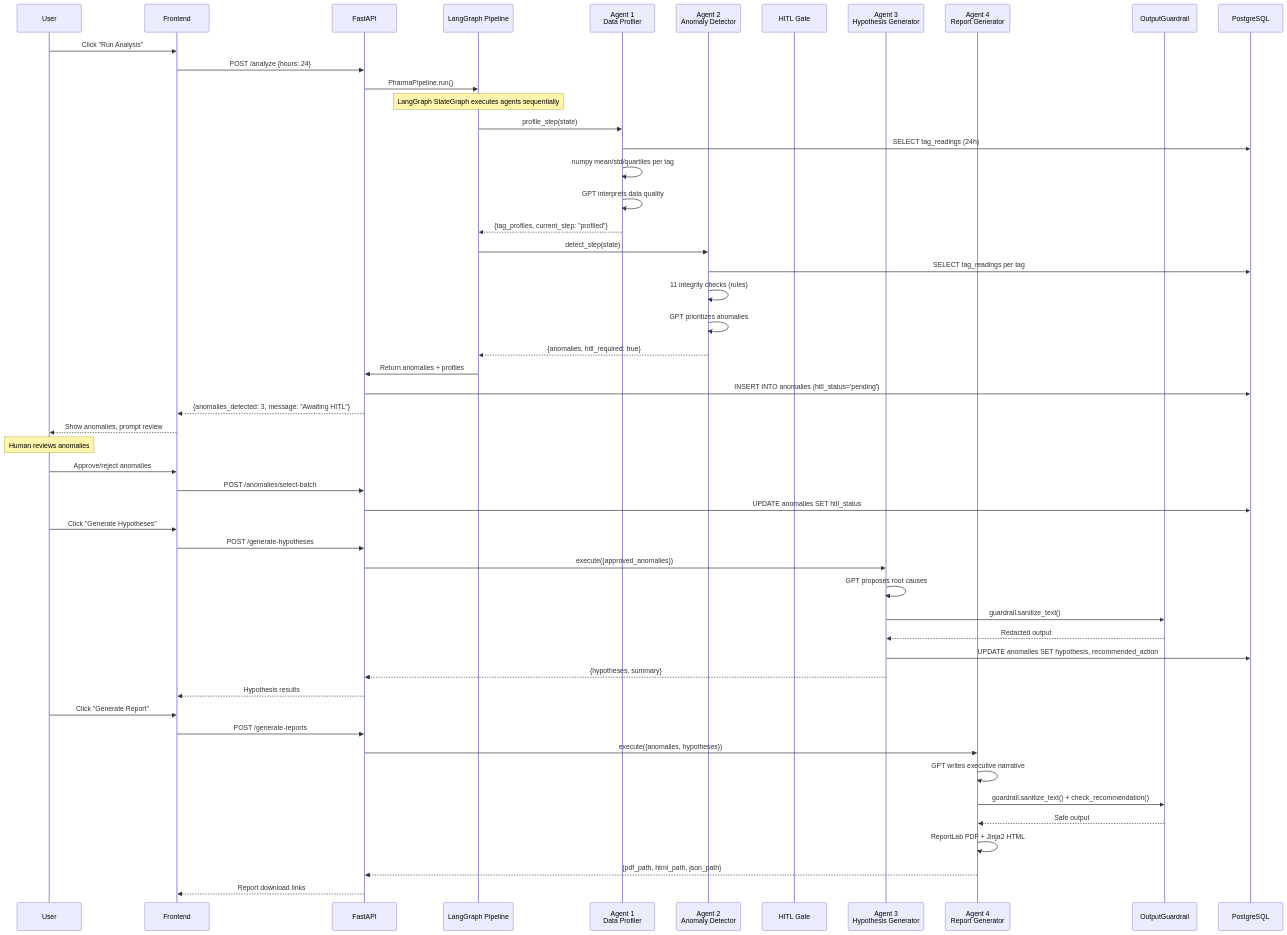
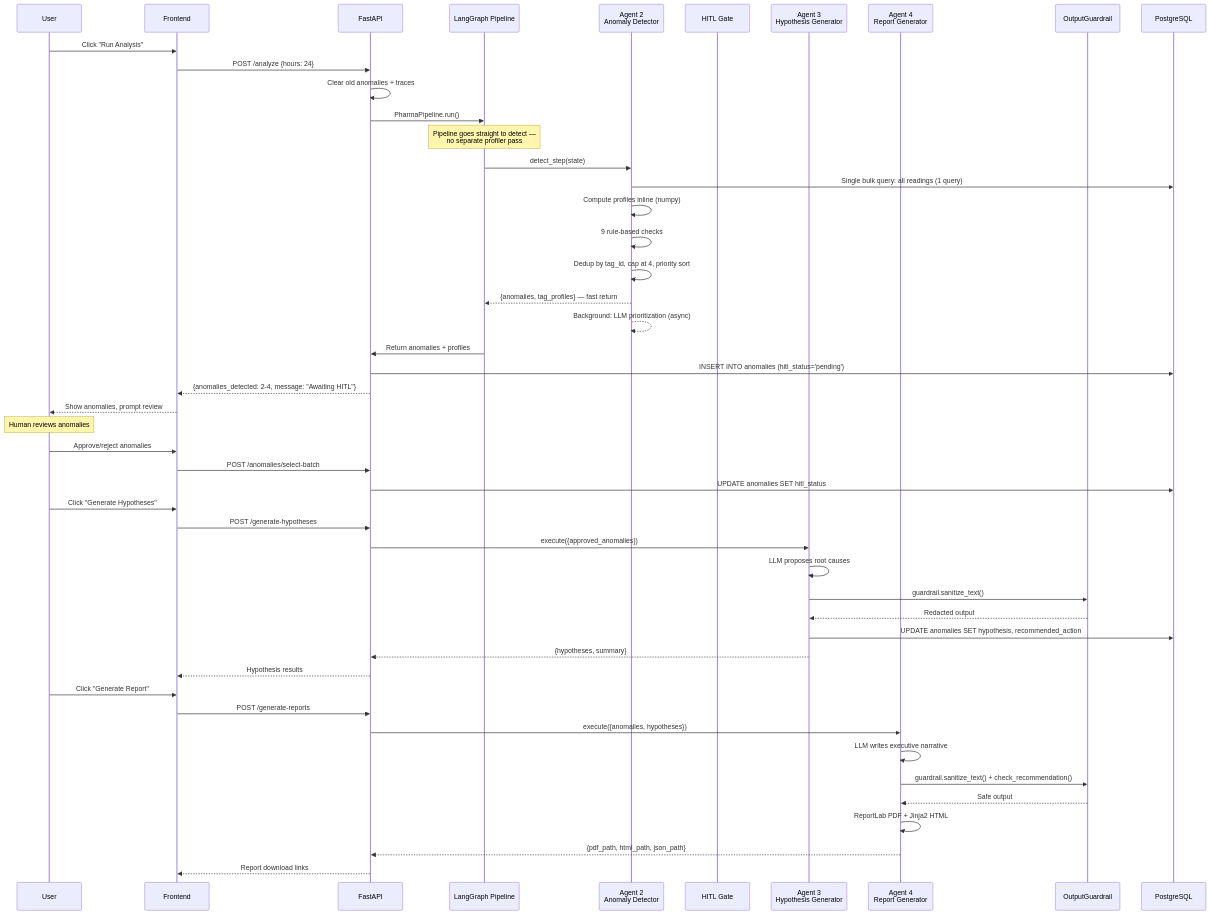
Before and after one commit to sajanyerra/pharma-data-integrity-inspector: the second of 11 diagrams in ARCHITECTURE.md, drawn with Mermaid. The commit also changed other lines of this file and 2 other files, not shown here.

First line of the commit message:
Docs: update all 3 docs to reflect merged profiler, 3-agent pipeline, async LLM, random anomalies, Groq LLM

````diff
--- a/ARCHITECTURE.md
+++ b/ARCHITECTURE.md
@@ -77,62 +62,58 @@
 ```mermaid
 sequenceDiagram
     participant U as User
     participant F as Frontend
     participant B as FastAPI
     participant P as LangGraph Pipeline
-    participant A1 as Agent 1<br/>Data Profiler
     participant A2 as Agent 2<br/>Anomaly Detector
     participant HITL as HITL Gate
     participant A3 as Agent 3<br/>Hypothesis Generator
     participant A4 as Agent 4<br/>Report Generator
     participant G as OutputGuardrail
     participant DB as PostgreSQL
 
     U->>F: Click "Run Analysis"
     F->>B: POST /analyze {hours: 24}
+    B->>B: Clear old anomalies + traces
     B->>P: PharmaPipeline.run()
-    
-    Note over P: LangGraph StateGraph executes agents sequentially
-    
-    P->>A1: profile_step(state)
-    A1->>DB: SELECT tag_readings (24h)
-    A1->>A1: numpy mean/std/quartiles per tag
-    A1->>A1: GPT interprets data quality
-    A1-->>P: {tag_profiles, current_step: "profiled"}
-    
+
+    Note over P: Pipeline goes straight to detect —<br/>no separate profiler pass
+
     P->>A2: detect_step(state)
-    A2->>DB: SELECT tag_readings per tag
-    A2->>A2: 11 integrity checks (rules)
-    A2->>A2: GPT prioritizes anomalies
-    A2-->>P: {anomalies, hitl_required: true}
-    
+    A2->>DB: Single bulk query: all readings (1 query)
+    A2->>A2: Compute profiles inline (numpy)
+    A2->>A2: 9 rule-based checks
+    A2->>A2: Dedup by tag_id, cap at 4, priority sort
+    A2-->>P: {anomalies, tag_profiles} — fast return
+    A2-->>A2: Background: LLM prioritization (async)
+
     P->>B: Return anomalies + profiles
     B->>DB: INSERT INTO anomalies (hitl_status='pending')
-    B-->>F: {anomalies_detected: 3, message: "Awaiting HITL"}
+    B-->>F: {anomalies_detected: 2-4, message: "Awaiting HITL"}
     F-->>U: Show anomalies, prompt review
 
     Note over U: Human reviews anomalies
     U->>F: Approve/reject anomalies
     F->>B: POST /anomalies/select-batch
     B->>DB: UPDATE anomalies SET hitl_status
-    
+
     U->>F: Click "Generate Hypotheses"
     F->>B: POST /generate-hypotheses
     B->>A3: execute({approved_anomalies})
-    A3->>A3: GPT proposes root causes
+    A3->>A3: LLM proposes root causes
     A3->>G: guardrail.sanitize_text()
     G-->>A3: Redacted output
     A3->>DB: UPDATE anomalies SET hypothesis, recommended_action
     A3-->>B: {hypotheses, summary}
     B-->>F: Hypothesis results
-    
+
     U->>F: Click "Generate Report"
     F->>B: POST /generate-reports
     B->>A4: execute({anomalies, hypotheses})
-    A4->>A4: GPT writes executive narrative
+    A4->>A4: LLM writes executive narrative
     A4->>G: guardrail.sanitize_text() + check_recommendation()
     G-->>A4: Safe output
     A4->>A4: ReportLab PDF + Jinja2 HTML
     A4-->>B: {pdf_path, html_path, json_path}
     B-->>F: Report download links
 ```
````
